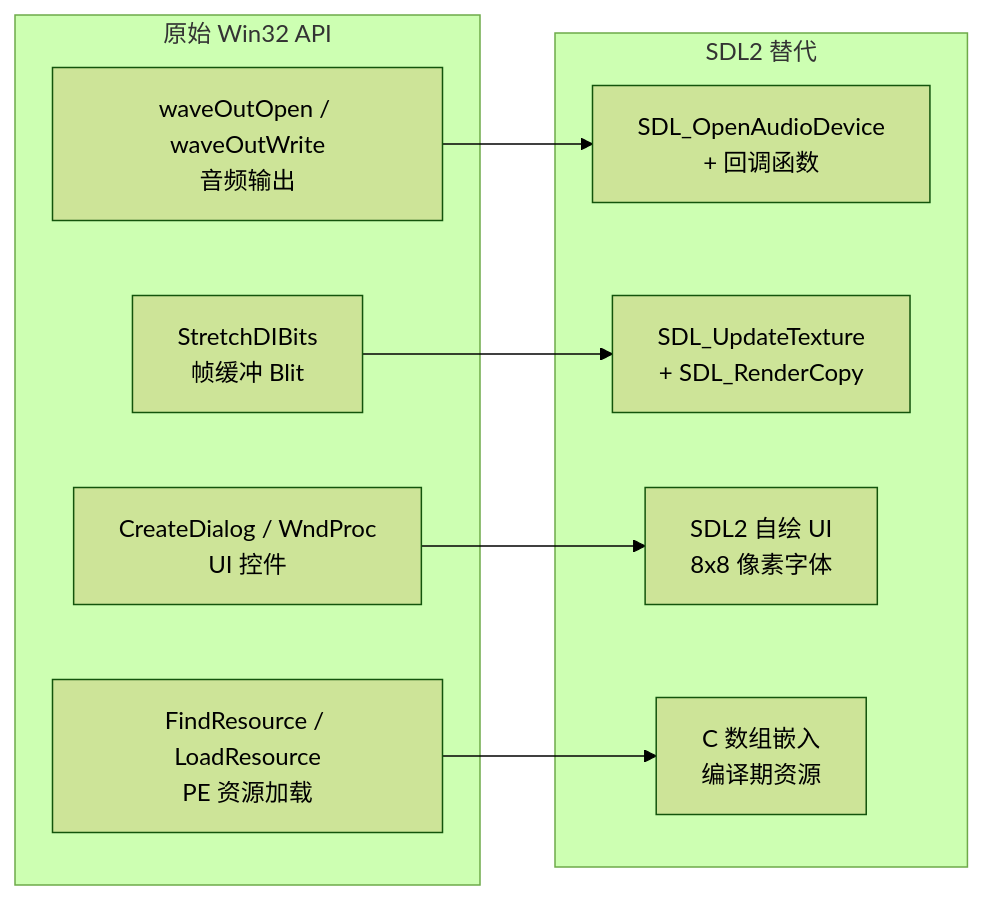
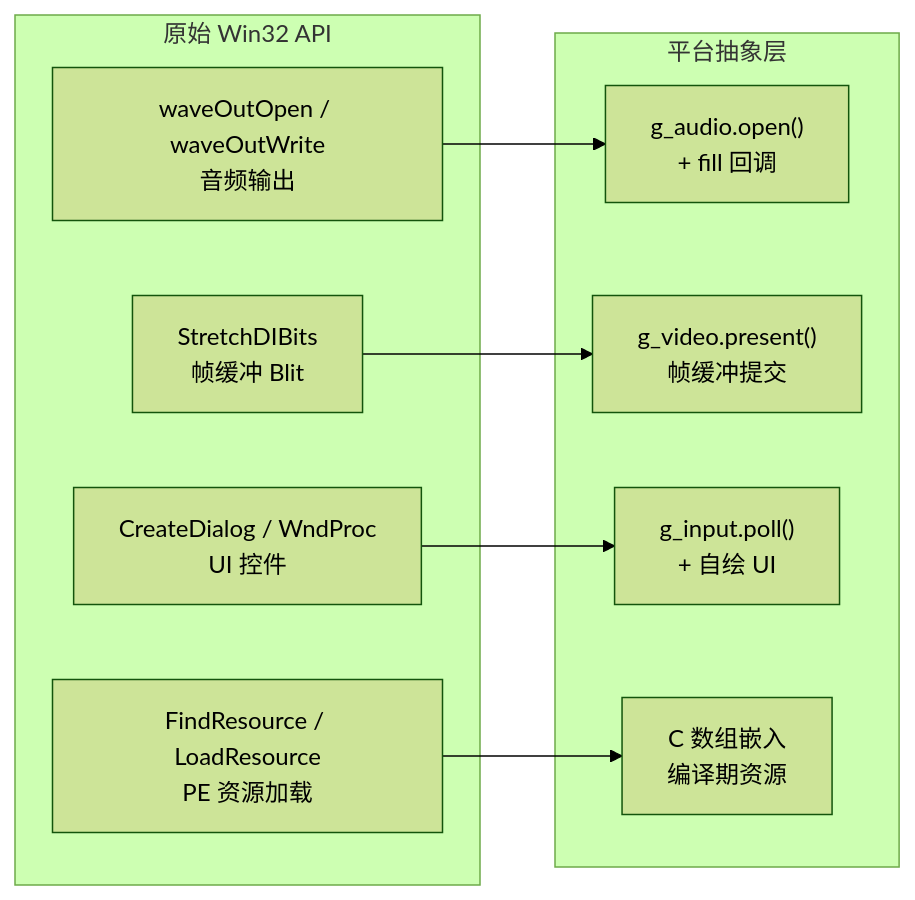
One commit to FASTSHIFT/keygen_re changed the second of 2 diagrams in README.md. Above: the diagram before and after it, drawn with Mermaid (forest theme). The commit also changed other lines of this file, not shown here.

````diff
--- a/README.md
+++ b/README.md
@@ -55,21 +81,21 @@
 ```mermaid
 graph LR
     subgraph "原始 Win32 API"
         W1["waveOutOpen / waveOutWrite<br/>音频输出"]
         W2["StretchDIBits<br/>帧缓冲 Blit"]
         W3["CreateDialog / WndProc<br/>UI 控件"]
         W4["FindResource / LoadResource<br/>PE 资源加载"]
     end
 
-    subgraph "SDL2 替代"
-        S1["SDL_OpenAudioDevice<br/>+ 回调函数"]
-        S2["SDL_UpdateTexture<br/>+ SDL_RenderCopy"]
-        S3["SDL2 自绘 UI<br/>8x8 像素字体"]
+    subgraph "平台抽象层"
+        S1["g_audio.open()<br/>+ fill 回调"]
+        S2["g_video.present()<br/>帧缓冲提交"]
+        S3["g_input.poll()<br/>+ 自绘 UI"]
         S4["C 数组嵌入<br/>编译期资源"]
     end
 
     W1 --> S1
     W2 --> S2
     W3 --> S3
     W4 --> S4
 ```
````
